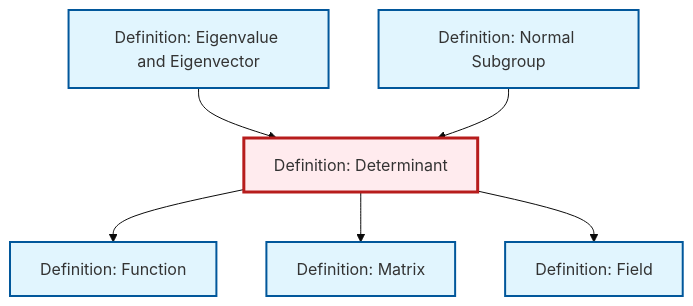
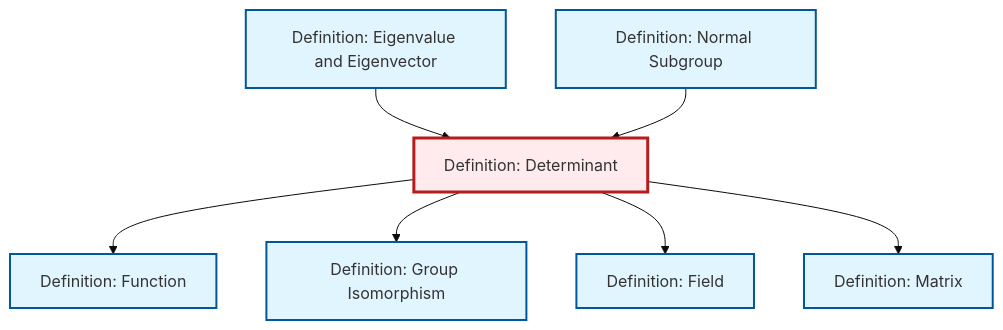
Before and after one commit to RK0429/ModernMath: the diagram in output/mermaid/def-determinant.mermaid, drawn with Mermaid (base theme). The commit also changed 1914 other files, not shown here.

```diff
--- a/output/mermaid/def-determinant.mermaid
+++ b/output/mermaid/def-determinant.mermaid
@@ -1,19 +1,21 @@
 %%| fig-cap: "Local dependency graph"
 graph TD
     classDef definition fill:#e1f5fe,stroke:#01579b,stroke-width:2px
     classDef theorem fill:#f3e5f5,stroke:#4a148c,stroke-width:2px
     classDef axiom fill:#fff3e0,stroke:#e65100,stroke-width:2px
     classDef example fill:#e8f5e9,stroke:#1b5e20,stroke-width:2px
     classDef current fill:#ffebee,stroke:#b71c1c,stroke-width:3px
+    def-eigenvalue-eigenvector["Definition: Eigenvalue and Eigenvector"]:::definition
+    def-field["Definition: Field"]:::definition
     def-determinant["Definition: Determinant"]:::definition
+    def-normal-subgroup["Definition: Normal Subgroup"]:::definition
     def-matrix["Definition: Matrix"]:::definition
-    def-field["Definition: Field"]:::definition
+    def-isomorphism["Definition: Group Isomorphism"]:::definition
     def-function["Definition: Function"]:::definition
-    def-eigenvalue-eigenvector["Definition: Eigenvalue and Eigenvector"]:::definition
-    def-normal-subgroup["Definition: Normal Subgroup"]:::definition
     def-eigenvalue-eigenvector --> def-determinant
     def-determinant --> def-function
+    def-determinant --> def-isomorphism
+    def-determinant --> def-field
     def-determinant --> def-matrix
     def-normal-subgroup --> def-determinant
-    def-determinant --> def-field
     class def-determinant current
```
